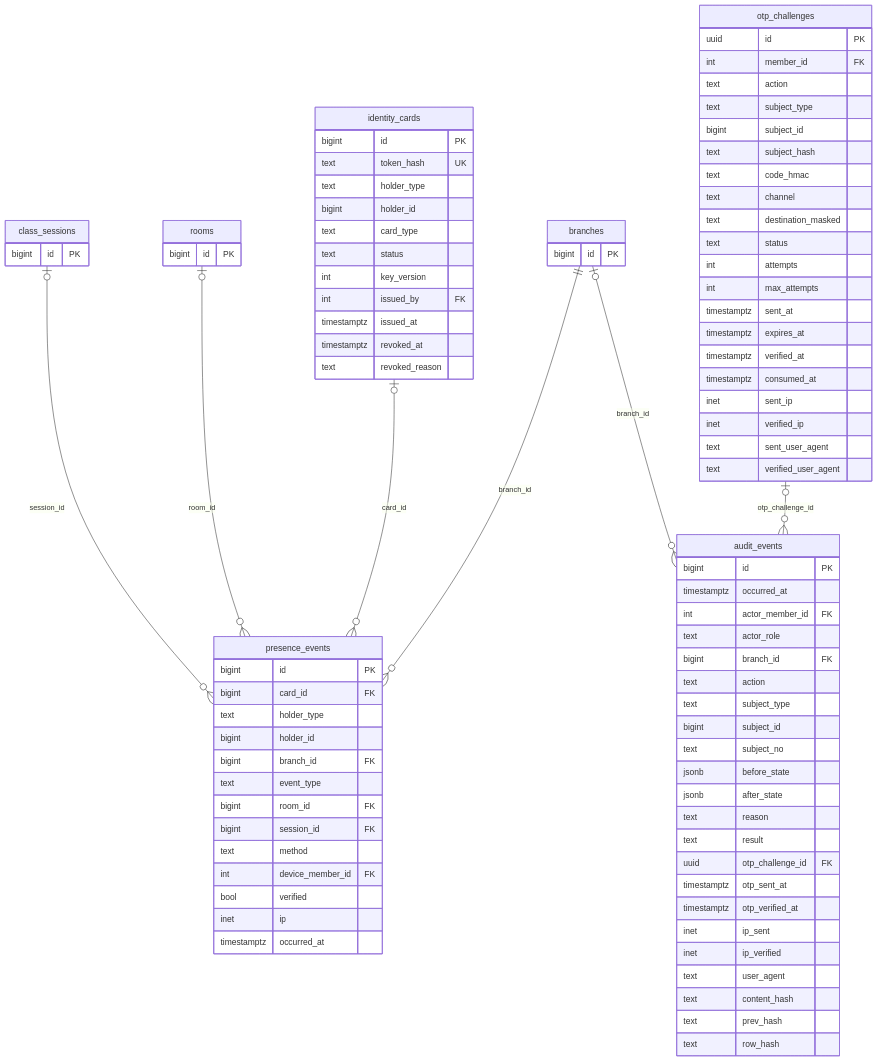
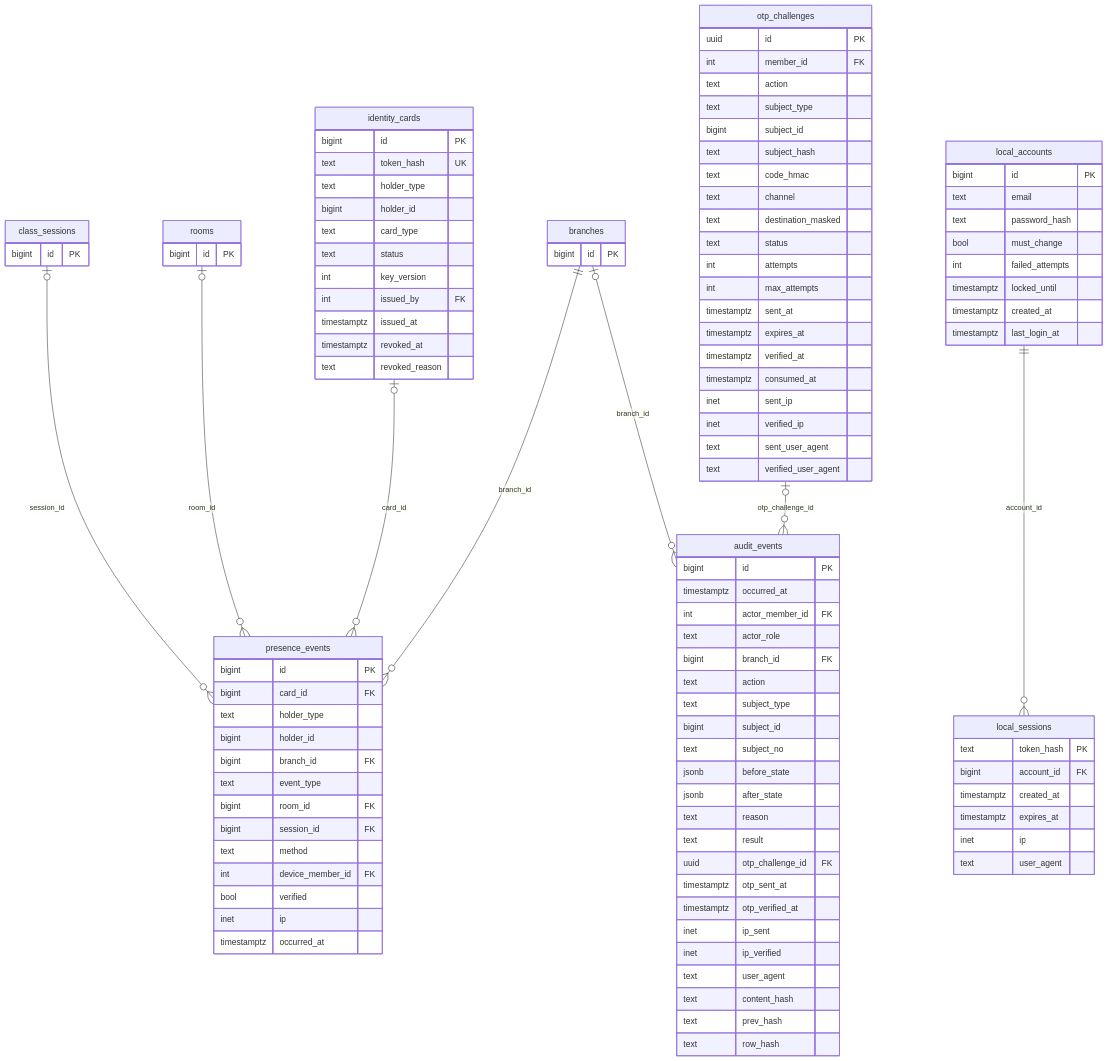
The diagram in docs/database/er/security.mmd (msafr5-web/saad-albaqmi), drawn with Mermaid before and after one commit. The commit also changed 30 other files, not shown here.

First line of the commit message:
Self-hosted sign-in (scrypt, sessions in DB, owner setup token) and in-app OTP channel: no Clerk or e-mail provider required

```diff
--- a/docs/database/er/security.mmd
+++ b/docs/database/er/security.mmd
@@ -1,91 +1,110 @@
 %% الأمان والهوية والحضور - edges to org_members (created_by/approved_by/...) are omitted
 erDiagram
   audit_events {
     bigint id PK
     timestamptz occurred_at
     int actor_member_id FK
     text actor_role
     bigint branch_id FK
     text action
     text subject_type
     bigint subject_id
     text subject_no
     jsonb before_state
     jsonb after_state
     text reason
     text result
     uuid otp_challenge_id FK
     timestamptz otp_sent_at
     timestamptz otp_verified_at
     inet ip_sent
     inet ip_verified
     text user_agent
     text content_hash
     text prev_hash
     text row_hash
   }
   identity_cards {
     bigint id PK
     text token_hash UK
     text holder_type
     bigint holder_id
     text card_type
     text status
     int key_version
     int issued_by FK
     timestamptz issued_at
     timestamptz revoked_at
     text revoked_reason
+  }
+  local_accounts {
+    bigint id PK
+    text email
+    text password_hash
+    bool must_change
+    int failed_attempts
+    timestamptz locked_until
+    timestamptz created_at
+    timestamptz last_login_at
+  }
+  local_sessions {
+    text token_hash PK
+    bigint account_id FK
+    timestamptz created_at
+    timestamptz expires_at
+    inet ip
+    text user_agent
   }
   otp_challenges {
     uuid id PK
     int member_id FK
     text action
     text subject_type
     bigint subject_id
     text subject_hash
     text code_hmac
     text channel
     text destination_masked
     text status
     int attempts
     int max_attempts
     timestamptz sent_at
     timestamptz expires_at
     timestamptz verified_at
     timestamptz consumed_at
     inet sent_ip
     inet verified_ip
     text sent_user_agent
     text verified_user_agent
   }
   presence_events {
     bigint id PK
     bigint card_id FK
     text holder_type
     bigint holder_id
     bigint branch_id FK
     text event_type
     bigint room_id FK
     bigint session_id FK
     text method
     int device_member_id FK
     bool verified
     inet ip
     timestamptz occurred_at
   }
   branches {
     bigint id PK
   }
   rooms {
     bigint id PK
   }
   class_sessions {
     bigint id PK
   }
   branches |o--o{ audit_events : "branch_id"
   otp_challenges |o--o{ audit_events : "otp_challenge_id"
+  local_accounts ||--o{ local_sessions : "account_id"
   branches ||--o{ presence_events : "branch_id"
   identity_cards |o--o{ presence_events : "card_id"
   rooms |o--o{ presence_events : "room_id"
   class_sessions |o--o{ presence_events : "session_id"
```
